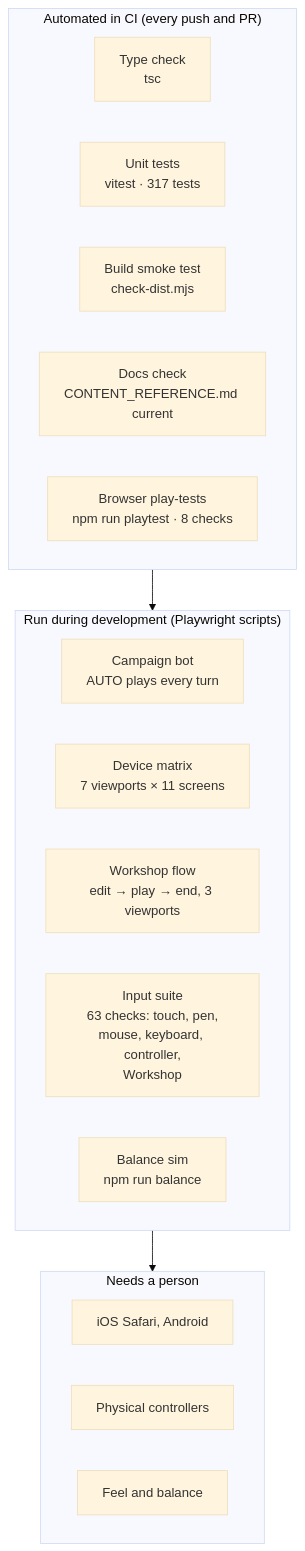
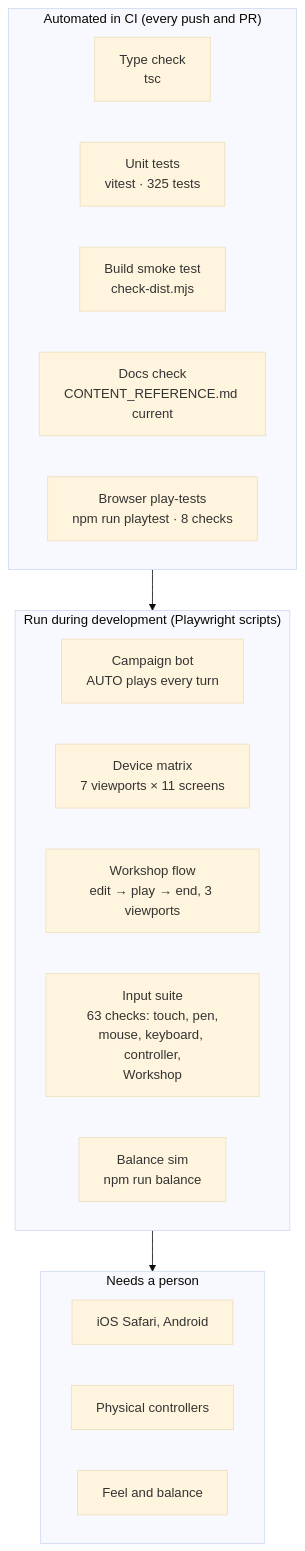
Before and after one commit to CptNope/Chess-RPG-Tactics: the diagram in docs/TESTING.md, drawn with Mermaid (base theme). The commit also changed other lines of this file and 14 other files, not shown here.

````diff
--- a/docs/TESTING.md
+++ b/docs/TESTING.md
@@ -9,23 +9,23 @@
 ```mermaid
 flowchart TB
     subgraph Auto["Automated in CI (every push and PR)"]
         T1["Type check<br/>tsc"]
-        T2["Unit tests<br/>vitest · 317 tests"]
+        T2["Unit tests<br/>vitest · 325 tests"]
         T3["Build smoke test<br/>check-dist.mjs"]
         T4["Docs check<br/>CONTENT_REFERENCE.md current"]
         T5["Browser play-tests<br/>npm run playtest · 8 checks"]
     end
     subgraph Dev["Run during development (Playwright scripts)"]
         P1["Campaign bot<br/>AUTO plays every turn"]
         P2["Device matrix<br/>7 viewports × 11 screens"]
         P4["Workshop flow<br/>edit → play → end, 3 viewports"]
         P3["Input suite<br/>63 checks: touch, pen,<br/>mouse, keyboard, controller,<br/>Workshop"]
         P5["Balance sim<br/>npm run balance"]
     end
     subgraph Human["Needs a person"]
         H1["iOS Safari, Android"]
         H2["Physical controllers"]
         H3["Feel and balance"]
     end
     Auto --> Dev --> Human
 ```
````
